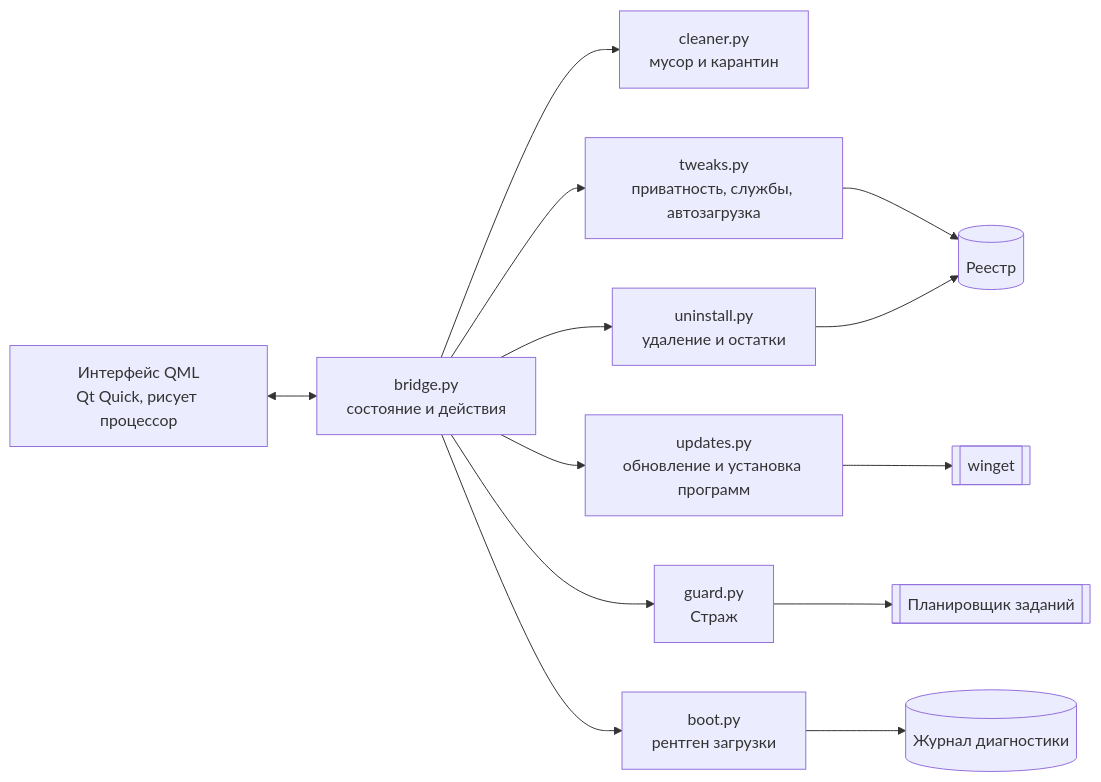
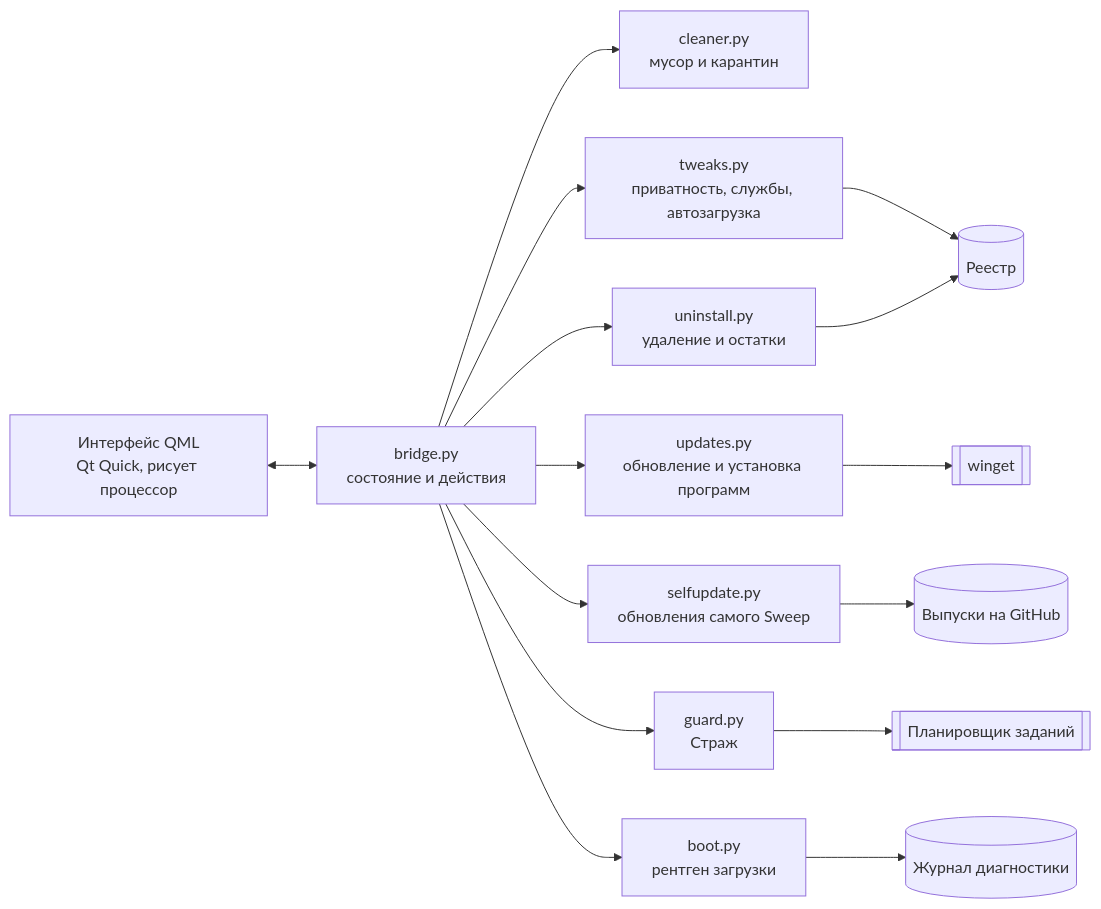
One commit to drakedog-dev/sweep changed the diagram in README.ru.md. Above: the diagram before and after it, drawn with Mermaid. The commit also changed other lines of this file and 1 other file, not shown here.

First line of the commit message:
README: Sweep's own updates, tray and window, winget retries and honest errors, Kaspersky network blocks, new FAQ

````diff
--- a/README.ru.md
+++ b/README.ru.md
@@ -188,15 +201,17 @@
 ```mermaid
 flowchart LR
     UI["Интерфейс QML<br/>Qt Quick, рисует процессор"] <--> B["bridge.py<br/>состояние и действия"]
     B --> C["cleaner.py<br/>мусор и карантин"]
     B --> T["tweaks.py<br/>приватность, службы, автозагрузка"]
     B --> U["uninstall.py<br/>удаление и остатки"]
     B --> W["updates.py<br/>обновление и установка программ"]
+    B --> S["selfupdate.py<br/>обновления самого Sweep"]
     B --> G["guard.py<br/>Страж"]
     B --> X["boot.py<br/>рентген загрузки"]
     T --> R[("Реестр")]
     U --> R
     W --> WG[["winget"]]
+    S --> GH[("Выпуски на GitHub")]
     G --> TS[["Планировщик заданий"]]
     X --> EV[("Журнал диагностики")]
 ```
````
